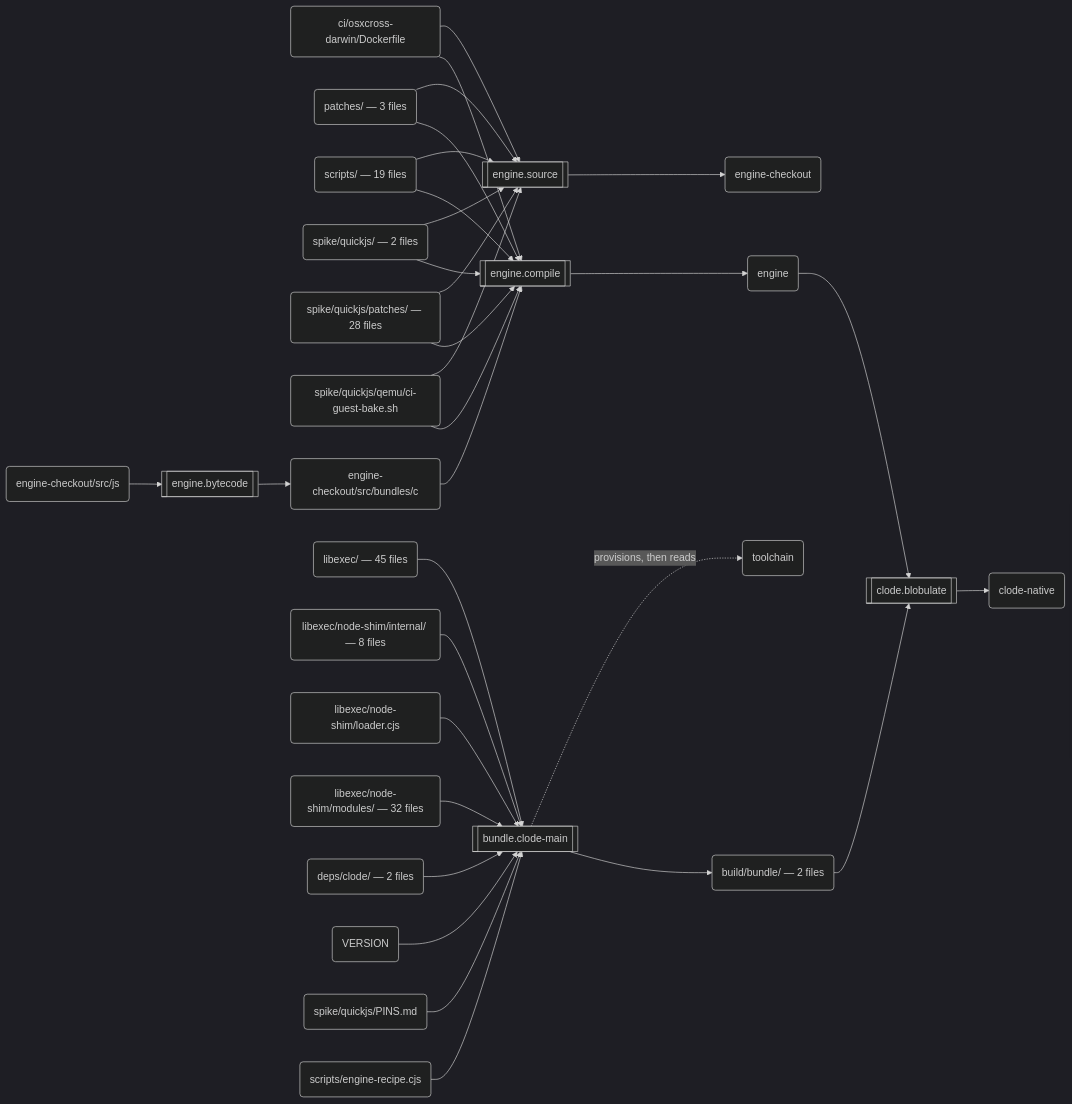
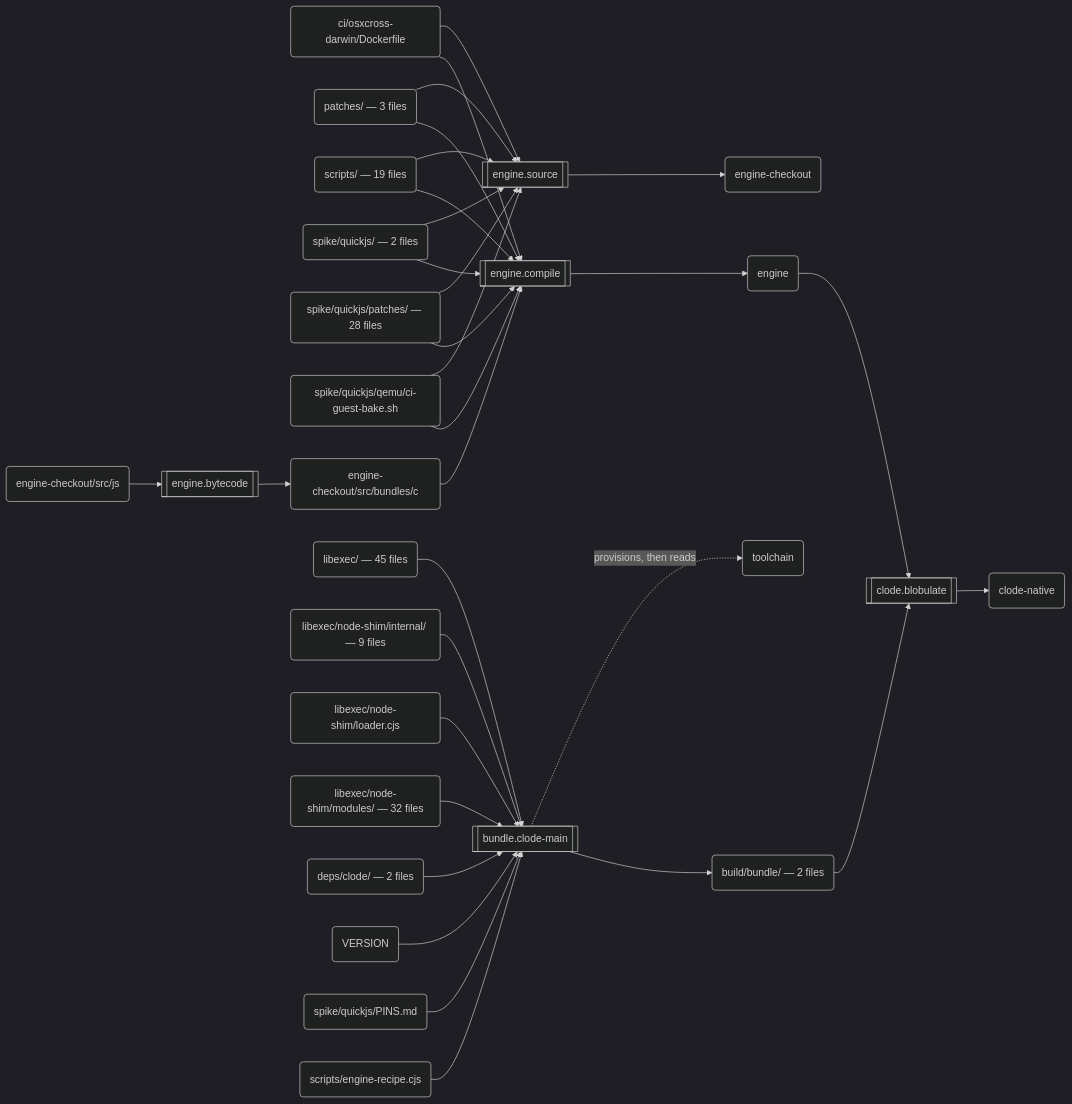
One commit to schmonz/clode changed the second of 3 diagrams in docs/build.md. Above: the diagram before and after it, drawn with Mermaid (dark theme).

Commit message:
docs(build): regenerate the build graph for node-shim/internal/priority.cjs (dfc9501 added a ninth internal file)
Claude-Session: https://claude.ai/code/session_01X9pCeEg19PPwwjgrS8wV5a

````diff
--- a/docs/build.md
+++ b/docs/build.md
@@ -123,59 +123,59 @@
 ```mermaid
 flowchart LR
   s0[["engine.source"]]
   a0("ci/osxcross-darwin/Dockerfile")
   a1("patches/ — 3 files")
   a2("scripts/ — 19 files")
   a3("spike/quickjs/ — 2 files")
   a4("spike/quickjs/patches/ — 28 files")
   a5("spike/quickjs/qemu/ci-guest-bake.sh")
   a6("engine-checkout")
   s1[["engine.bytecode"]]
   a7("engine-checkout/src/js")
   a8("engine-checkout/src/bundles/c")
   s2[["engine.compile"]]
   a9("engine")
   s3[["bundle.clode-main"]]
   a10("libexec/ — 45 files")
-  a11("libexec/node-shim/internal/ — 8 files")
+  a11("libexec/node-shim/internal/ — 9 files")
   a12("libexec/node-shim/loader.cjs")
   a13("libexec/node-shim/modules/ — 32 files")
   a14("deps/clode/ — 2 files")
   a15("VERSION")
   a16("spike/quickjs/PINS.md")
   a17("scripts/engine-recipe.cjs")
   a18("toolchain")
   a19("build/bundle/ — 2 files")
   s4[["clode.blobulate"]]
   a20("clode-native")
   a0 --> s0
   a1 --> s0
   a2 --> s0
   a3 --> s0
   a4 --> s0
   a5 --> s0
   s0 --> a6
   a7 --> s1
   s1 --> a8
   a8 --> s2
   a0 --> s2
   a1 --> s2
   a2 --> s2
   a3 --> s2
   a4 --> s2
   a5 --> s2
   s2 --> a9
   a10 --> s3
   a11 --> s3
   a12 --> s3
   a13 --> s3
   a14 --> s3
   a15 --> s3
   a16 --> s3
   a17 --> s3
   s3 -.->|"provisions, then reads"| a18
   s3 --> a19
   a9 --> s4
   a19 --> s4
   s4 --> a20
 ```
````
